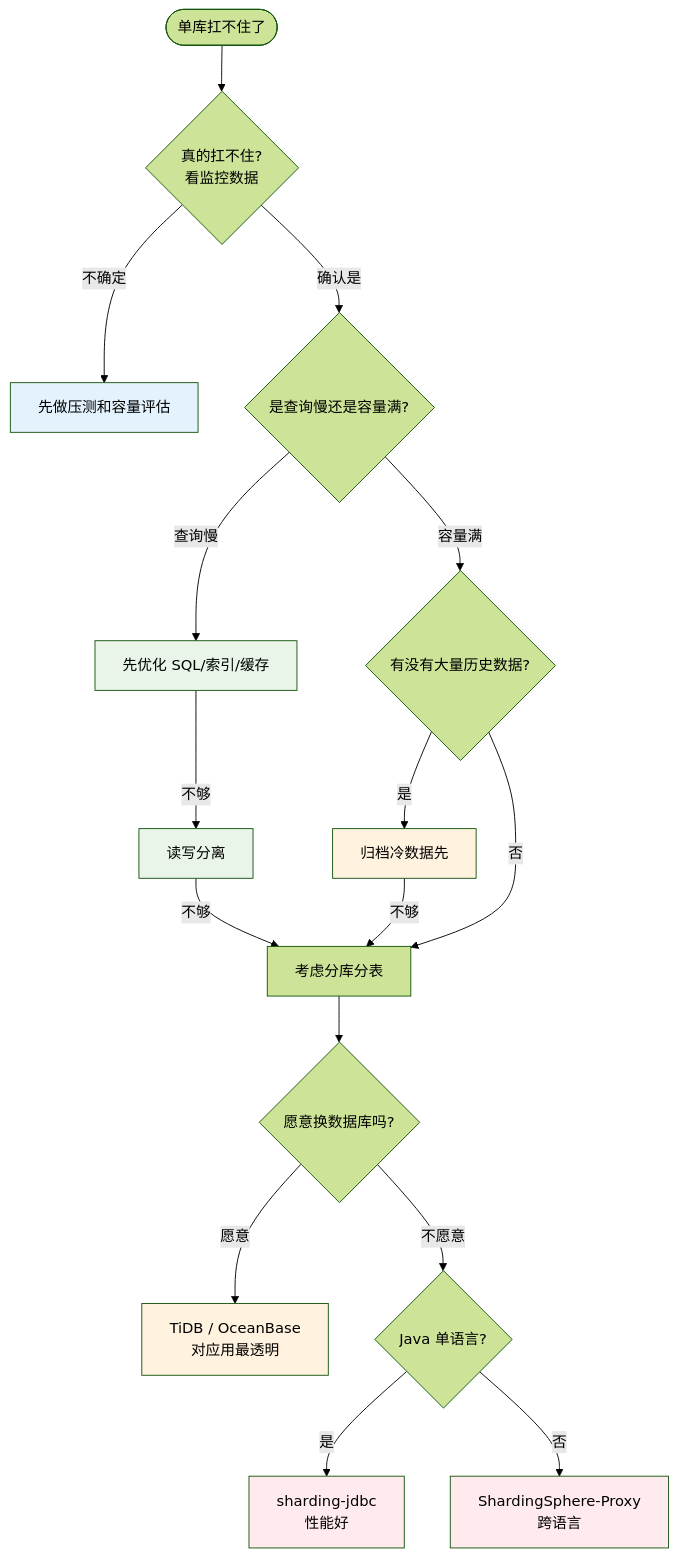
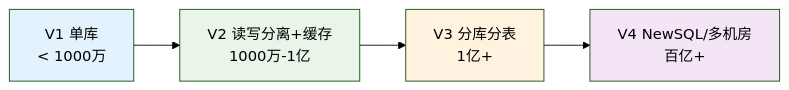
Before and after one commit to chongyang211/YCBookBlog: the eighth of 10 diagrams in docs/10.真经/05.方案设计思想/06.分库分表方案设计.md, drawn with Mermaid (forest theme). The commit also changed other lines of this file and 36 other files, not shown here.

````diff
--- a/docs/10.真经/05.方案设计思想/06.分库分表方案设计.md
+++ b/docs/10.真经/05.方案设计思想/06.分库分表方案设计.md
@@ -573,29 +755,11 @@
 ```mermaid
-flowchart TD
-    Start([单库扛不住了]) --> Q1{真的扛不住?<br/>看监控数据}
-    Q1 -->|不确定| Test[先做压测和容量评估]
-    Q1 -->|确认是| Q2{是查询慢还是容量满?}
+flowchart LR
+    V1[V1 单库<br/>< 1000万] --> V2[V2 读写分离+缓存<br/>1000万-1亿]
+    V2 --> V3[V3 分库分表<br/>1亿+]
+    V3 --> V4[V4 NewSQL/多机房<br/>百亿+]
     
-    Q2 -->|查询慢| Q3[先优化 SQL/索引/缓存]
-    Q3 -->|不够| Q4[读写分离]
-    Q4 -->|不够| Final
-    
-    Q2 -->|容量满| Q5{有没有大量历史数据?}
-    Q5 -->|是| Archive[归档冷数据先]
-    Archive -->|不够| Final
-    Q5 -->|否| Final
-    
-    Final[考虑分库分表] --> Q6{愿意换数据库吗?}
-    Q6 -->|愿意| NewSQL[TiDB / OceanBase<br/>对应用最透明]
-    Q6 -->|不愿意| Q7{Java 单语言?}
-    Q7 -->|是| SDK[sharding-jdbc<br/>性能好]
-    Q7 -->|否| Proxy[ShardingSphere-Proxy<br/>跨语言]
-    
-    style Test fill:#e3f2fd
-    style Q3 fill:#e8f5e8
-    style Q4 fill:#e8f5e8
-    style Archive fill:#fff3e0
-    style NewSQL fill:#fff3e0
-    style SDK fill:#ffebee
-    style Proxy fill:#ffebee
+    style V1 fill:#e3f2fd
+    style V2 fill:#e8f5e8
+    style V3 fill:#fff3e0
+    style V4 fill:#f3e5f5
 ```
````
